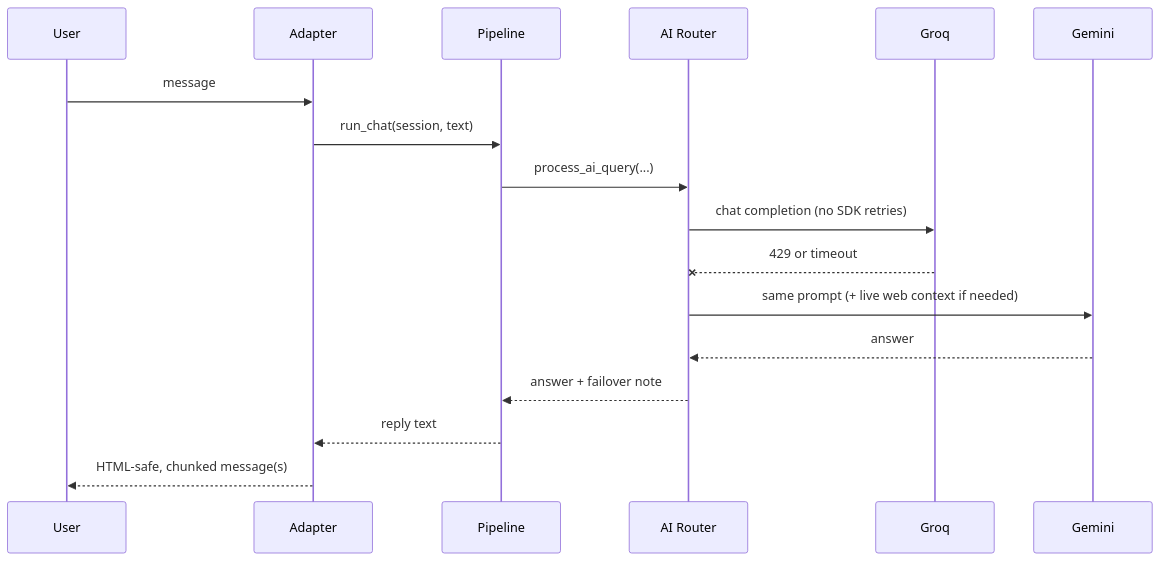
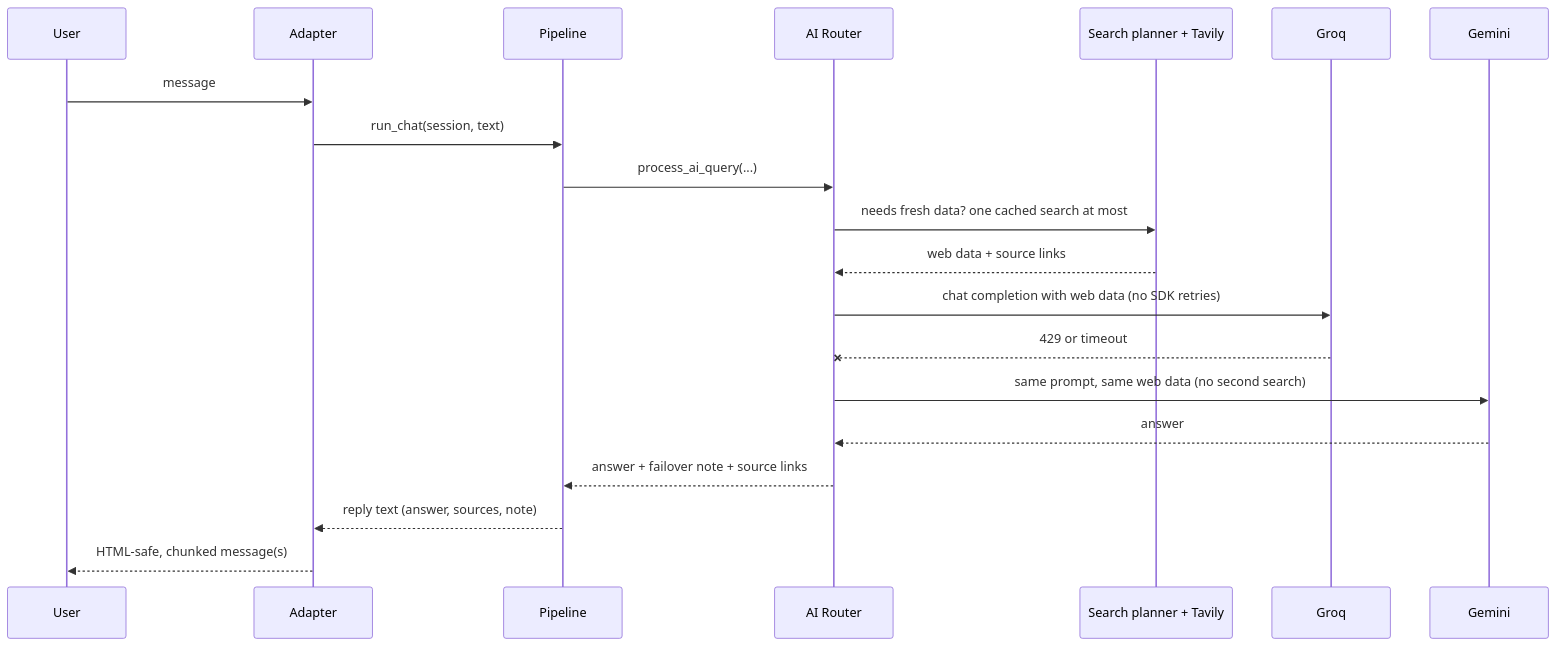
One commit to mahdi-barzegar-nazari/resilient-ai-gateway changed the diagram in docs/architecture.md. Above: the diagram before and after it, drawn with Mermaid. The commit also changed other lines of this file and 16 other files, not shown here.

First line of the commit message:
Add LLM search planner for smart web search

````diff
--- a/docs/architecture.md
+++ b/docs/architecture.md
@@ -47,20 +48,23 @@
 ```mermaid
 sequenceDiagram
     participant U as User
     participant A as Adapter
     participant P as Pipeline
     participant R as AI Router
+    participant W as Search planner + Tavily
     participant G as Groq
     participant M as Gemini
 
     U->>A: message
     A->>P: run_chat(session, text)
     P->>R: process_ai_query(...)
-    R->>G: chat completion (no SDK retries)
+    R->>W: needs fresh data? one cached search at most
+    W-->>R: web data + source links
+    R->>G: chat completion with web data (no SDK retries)
     G--xR: 429 or timeout
-    R->>M: same prompt (+ live web context if needed)
+    R->>M: same prompt, same web data (no second search)
     M-->>R: answer
-    R-->>P: answer + failover note
-    P-->>A: reply text
+    R-->>P: answer + failover note + source links
+    P-->>A: reply text (answer, sources, note)
     A-->>U: HTML-safe, chunked message(s)
 ```
````
